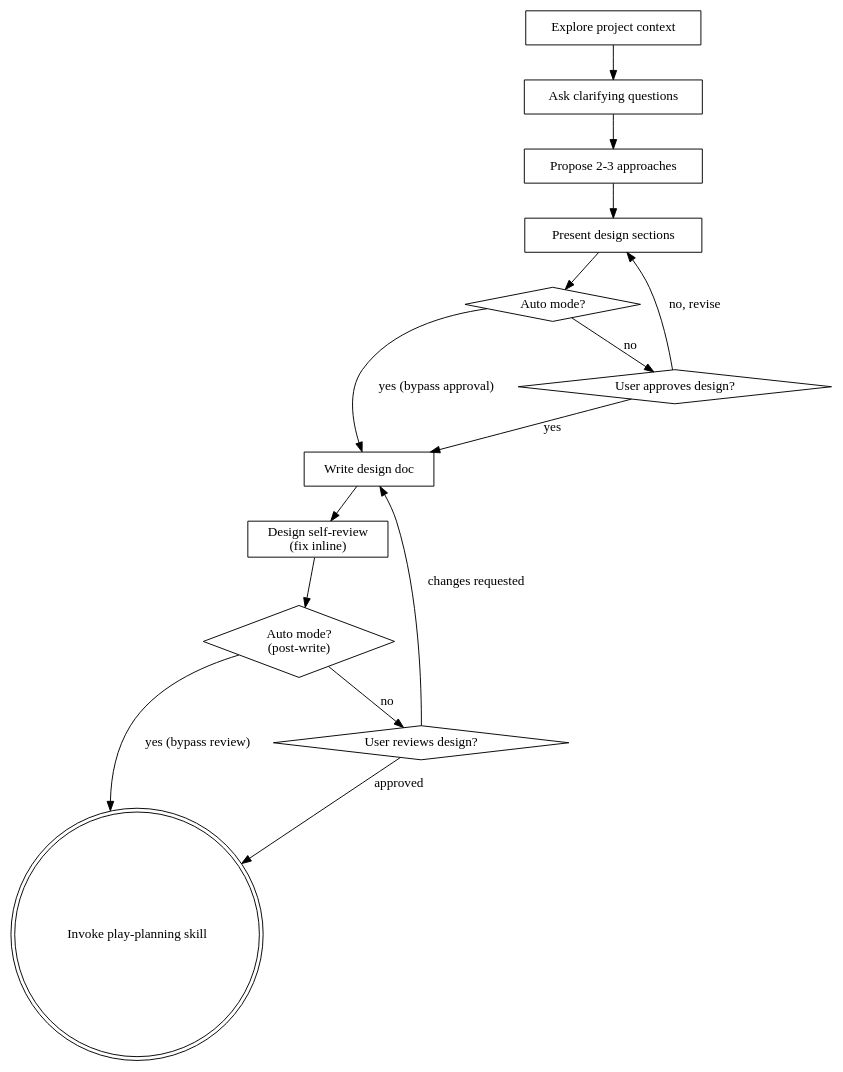
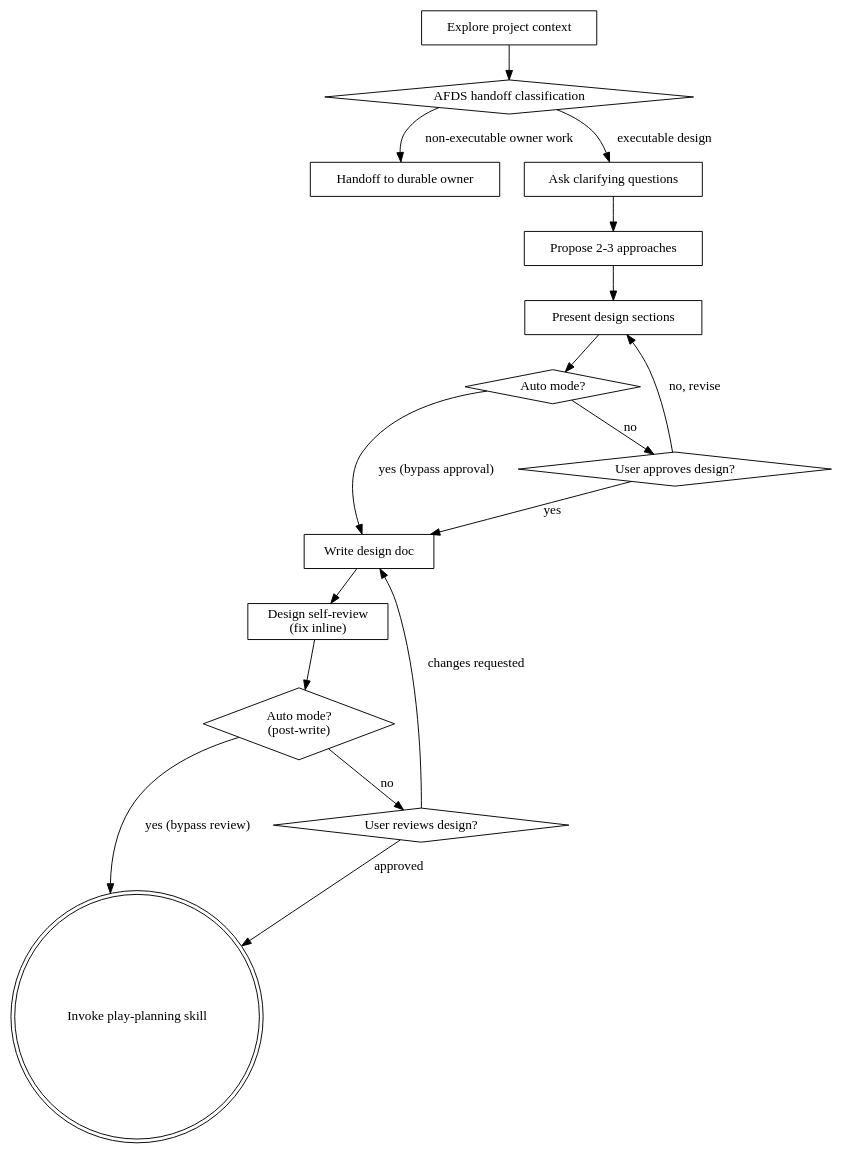
The diagram in skills/play-brainstorm/SKILL.md (ryumiel/devcanon), drawn with Graphviz before and after one commit. The commit also changed other lines of this file, not shown here.

Commit message:
docs(skills): clarify play-brainstorm AFDS handoffs

````diff
--- a/skills/play-brainstorm/SKILL.md
+++ b/skills/play-brainstorm/SKILL.md
@@ -130,30 +131,34 @@
 ```dot
 digraph brainstorming {
     "Explore project context" [shape=box];
+    "AFDS handoff classification" [shape=diamond];
+    "Handoff to durable owner" [shape=box];
     "Ask clarifying questions" [shape=box];
     "Propose 2-3 approaches" [shape=box];
     "Present design sections" [shape=box];
     "Auto mode?" [shape=diamond];
     "User approves design?" [shape=diamond];
     "Write design doc" [shape=box];
     "Design self-review\n(fix inline)" [shape=box];
     "Auto mode?\n(post-write)" [shape=diamond];
     "User reviews design?" [shape=diamond];
     "Invoke play-planning skill" [shape=doublecircle];
 
-    "Explore project context" -> "Ask clarifying questions";
+    "Explore project context" -> "AFDS handoff classification";
+    "AFDS handoff classification" -> "Handoff to durable owner" [label="non-executable owner work"];
+    "AFDS handoff classification" -> "Ask clarifying questions" [label="executable design"];
     "Ask clarifying questions" -> "Propose 2-3 approaches";
     "Propose 2-3 approaches" -> "Present design sections";
     "Present design sections" -> "Auto mode?";
     "Auto mode?" -> "Write design doc" [label="yes (bypass approval)"];
     "Auto mode?" -> "User approves design?" [label="no"];
     "User approves design?" -> "Present design sections" [label="no, revise"];
     "User approves design?" -> "Write design doc" [label="yes"];
     "Write design doc" -> "Design self-review\n(fix inline)";
     "Design self-review\n(fix inline)" -> "Auto mode?\n(post-write)";
     "Auto mode?\n(post-write)" -> "Invoke play-planning skill" [label="yes (bypass review)"];
     "Auto mode?\n(post-write)" -> "User reviews design?" [label="no"];
     "User reviews design?" -> "Write design doc" [label="changes requested"];
     "User reviews design?" -> "Invoke play-planning skill" [label="approved"];
 }
 ```
````
